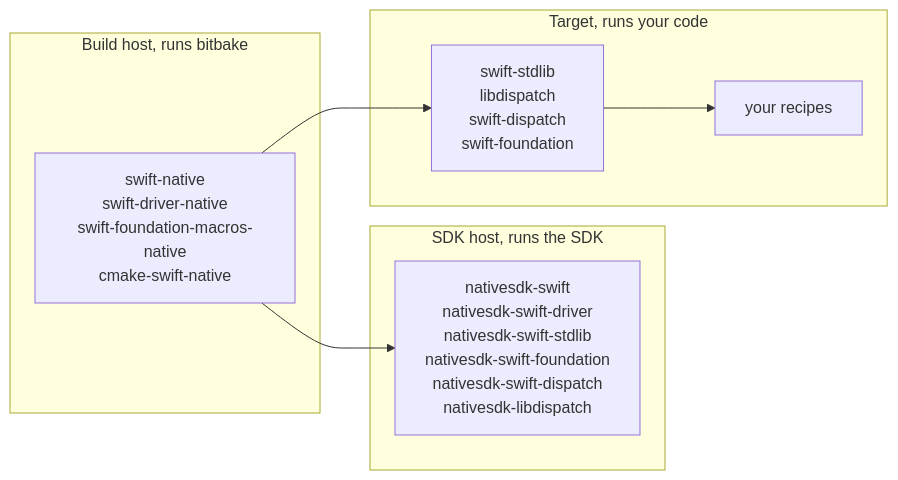
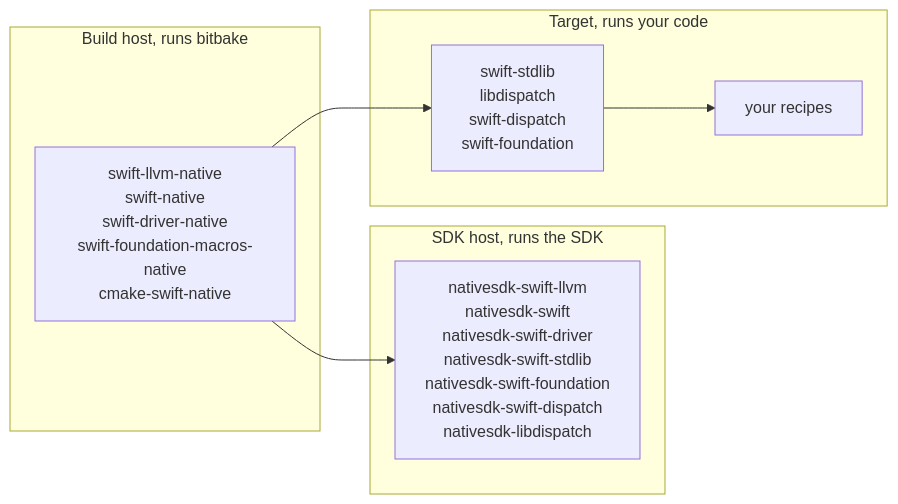
One commit to nikolaszimmermann/meta-swift changed the third of 3 diagrams in README.md. Above: the diagram before and after it, drawn with Mermaid. The commit also changed other lines of this file, not shown here.

First line of the commit message:
README: describe the private LLVM

````diff
--- a/README.md
+++ b/README.md
@@ -128,16 +132,16 @@
 ```mermaid
 flowchart LR
     subgraph build["Build host, runs bitbake"]
-        native["swift-native<br/>swift-driver-native<br/>swift-foundation-macros-native<br/>cmake-swift-native"]
+        native["swift-llvm-native<br/>swift-native<br/>swift-driver-native<br/>swift-foundation-macros-native<br/>cmake-swift-native"]
     end
     subgraph sdk["SDK host, runs the SDK"]
-        nsdk["nativesdk-swift<br/>nativesdk-swift-driver<br/>nativesdk-swift-stdlib<br/>nativesdk-swift-foundation<br/>nativesdk-swift-dispatch<br/>nativesdk-libdispatch"]
+        nsdk["nativesdk-swift-llvm<br/>nativesdk-swift<br/>nativesdk-swift-driver<br/>nativesdk-swift-stdlib<br/>nativesdk-swift-foundation<br/>nativesdk-swift-dispatch<br/>nativesdk-libdispatch"]
     end
     subgraph target["Target, runs your code"]
         rt["swift-stdlib<br/>libdispatch<br/>swift-dispatch<br/>swift-foundation"]
         app["your recipes"]
     end
 
     native --> nsdk
     native --> rt --> app
 ```
````
